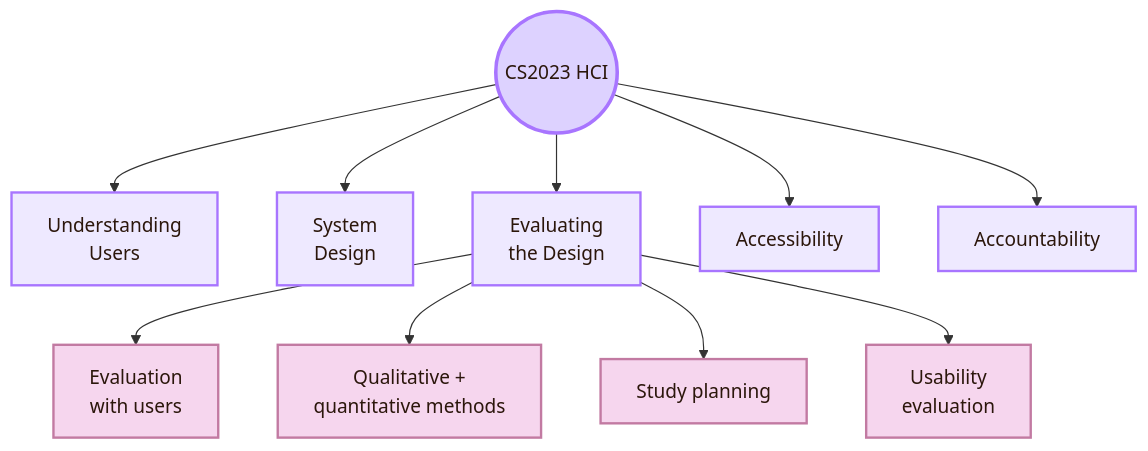
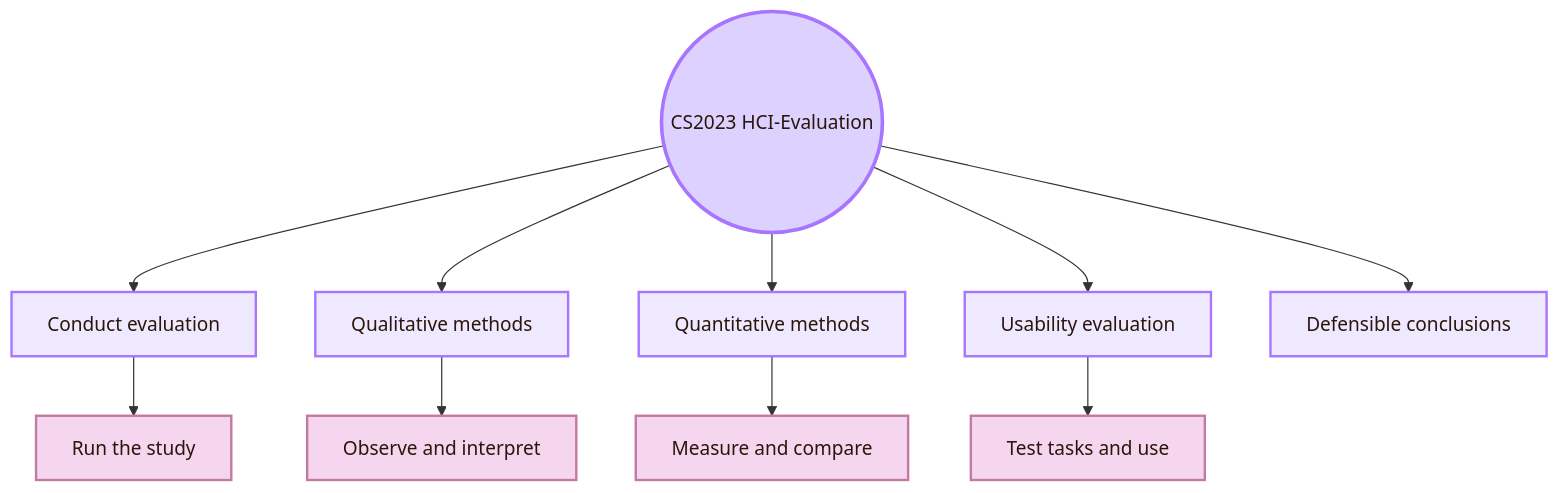
The second of 5 diagrams in 01_Core_Area_HCI/001_Subareas/03_Evaluating_the_Design/Activities/Overview_Evaluating_Design_Cognishire_polished.md (andreitegzes06-ui/CogniShire), drawn with Mermaid before and after one commit. The commit also changed other lines of this file and 131 other files, not shown here.

````diff
--- a/01_Core_Area_HCI/001_Subareas/03_Evaluating_the_Design/Activities/Overview_Evaluating_Design_Cognishire_polished.md
+++ b/01_Core_Area_HCI/001_Subareas/03_Evaluating_the_Design/Activities/Overview_Evaluating_Design_Cognishire_polished.md
@@ -96,23 +103,23 @@
 ```mermaid
 flowchart TB
-    A((CS2023 HCI))
+    A((CS2023 HCI-Evaluation))
 
-    A --> B[Understanding<br/>Users]
-    A --> C[System<br/>Design]
-    A --> D[Evaluating<br/>the Design]
-    A --> E[Accessibility]
-    A --> F[Accountability]
+    A --> B[Conduct evaluation]
+    A --> C[Qualitative methods]
+    A --> D[Quantitative methods]
+    A --> E[Usability evaluation]
+    A --> F[Defensible conclusions]
 
-    D --> D1[Evaluation<br/>with users]
-    D --> D2[Qualitative +<br/>quantitative methods]
-    D --> D3[Study planning]
-    D --> D4[Usability<br/>evaluation]
+    B --> B1[Run the study]
+    C --> C1[Observe and interpret]
+    D --> D1[Measure and compare]
+    E --> E1[Test tasks and use]
 
     classDef center fill:#ddd2ff,stroke:#a875ff,color:#2b160b,stroke-width:3px;
     classDef node fill:#eee9ff,stroke:#a875ff,color:#2b160b,stroke-width:2px;
     classDef detail fill:#f6d6ee,stroke:#c27aa2,color:#2b160b,stroke-width:2px;
 
     class A center;
     class B,C,D,E,F node;
-    class D1,D2,D3,D4 detail;
+    class B1,C1,D1,E1,F1 detail;
 ```
````
